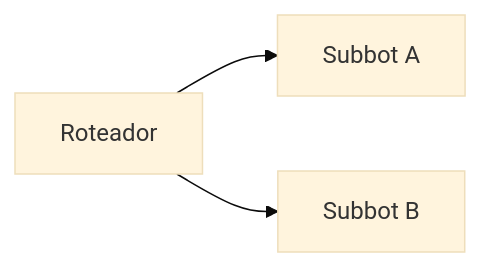
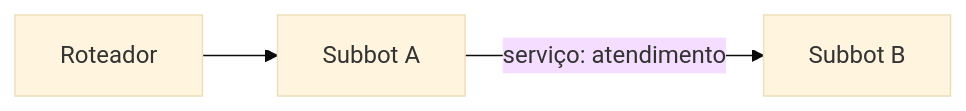
Before and after one commit to Matheuspgonsalves/blip-sdd: the diagram in CONTRATO/spec/ESPECIFICACAO.md, drawn with Mermaid (base theme). The commit also changed other lines of this file and 18 other files, not shown here.

````diff
--- a/CONTRATO/spec/ESPECIFICACAO.md
+++ b/CONTRATO/spec/ESPECIFICACAO.md
@@ -10,5 +21,5 @@
 ```mermaid
 flowchart LR
   R[Roteador] --> A[Subbot A]
-  R --> B[Subbot B]
+  A -->|serviço: atendimento| B[Subbot B]
 ```
````
